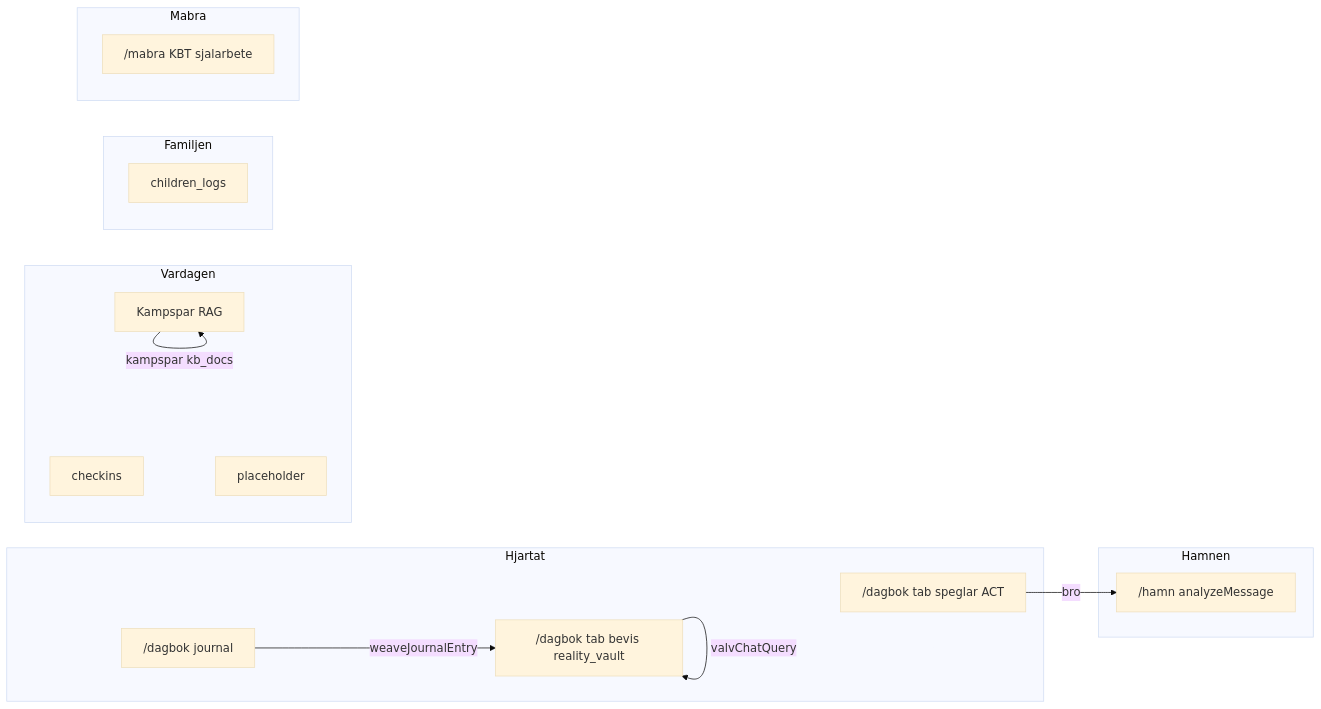
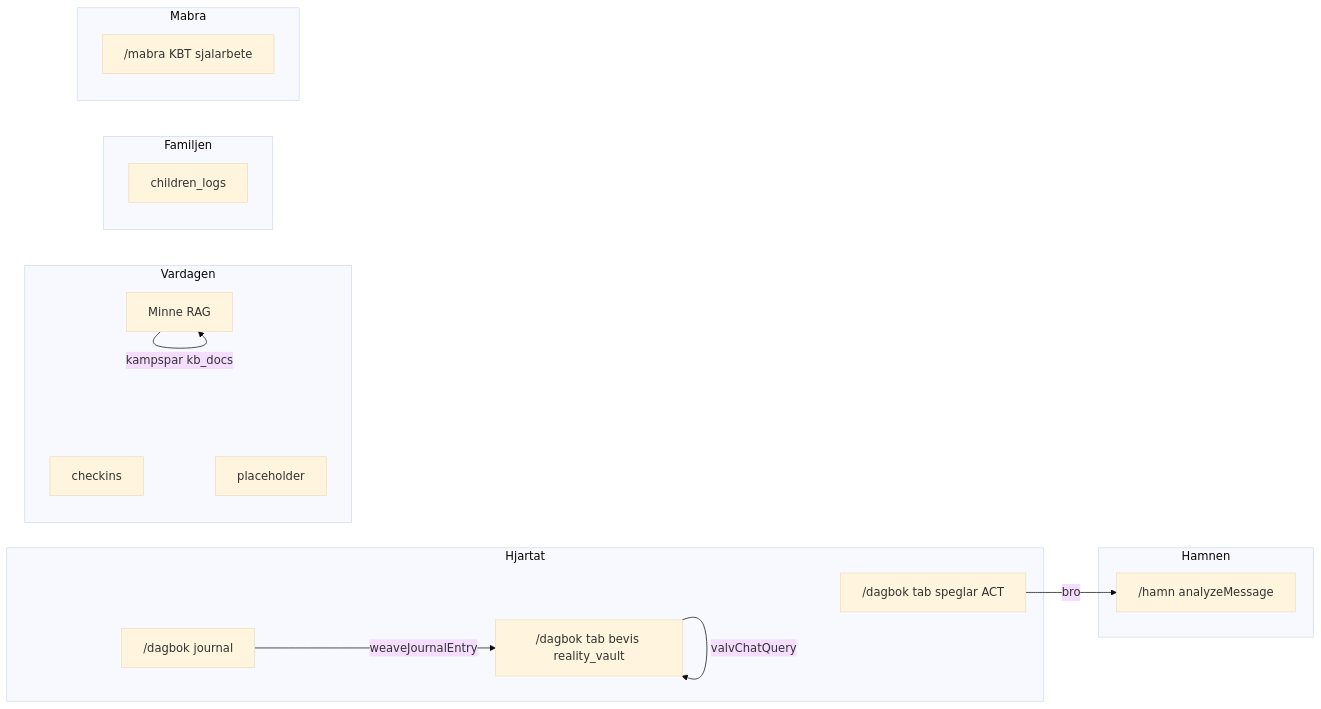
The diagram in docs/specs/ai-prompts-moduler-master.md (pontusmalmstrom9292-sys/Livskompassen3.0), drawn with Mermaid (base theme) before and after one commit. The commit also changed 7 other files, not shown here.

````diff
--- a/docs/specs/ai-prompts-moduler-master.md
+++ b/docs/specs/ai-prompts-moduler-master.md
@@ -13,26 +13,26 @@
 ```mermaid
 flowchart LR
   subgraph hjartat [Hjartat]
     Dagbok["/dagbok journal"]
     Valv["/dagbok tab bevis reality_vault"]
     Speglar["/dagbok tab speglar ACT"]
   end
   subgraph vardagen [Vardagen]
     Kompasser["checkins"]
-    Kunskap["Kampspar RAG"]
+    Kunskap["Minne RAG"]
     Ekonomi["placeholder"]
   end
   subgraph familj [Familjen]
     Barnen["children_logs"]
   end
   subgraph hamn [Hamnen]
     BIFF["/hamn analyzeMessage"]
   end
   subgraph mabraCluster [Mabra]
     MabraPage["/mabra KBT sjalarbete"]
   end
   Dagbok -->|weaveJournalEntry| Valv
   Kunskap -->|kampspar kb_docs| Kunskap
   Valv -->|valvChatQuery| Valv
   Speglar -->|bro| BIFF
 ```
````
